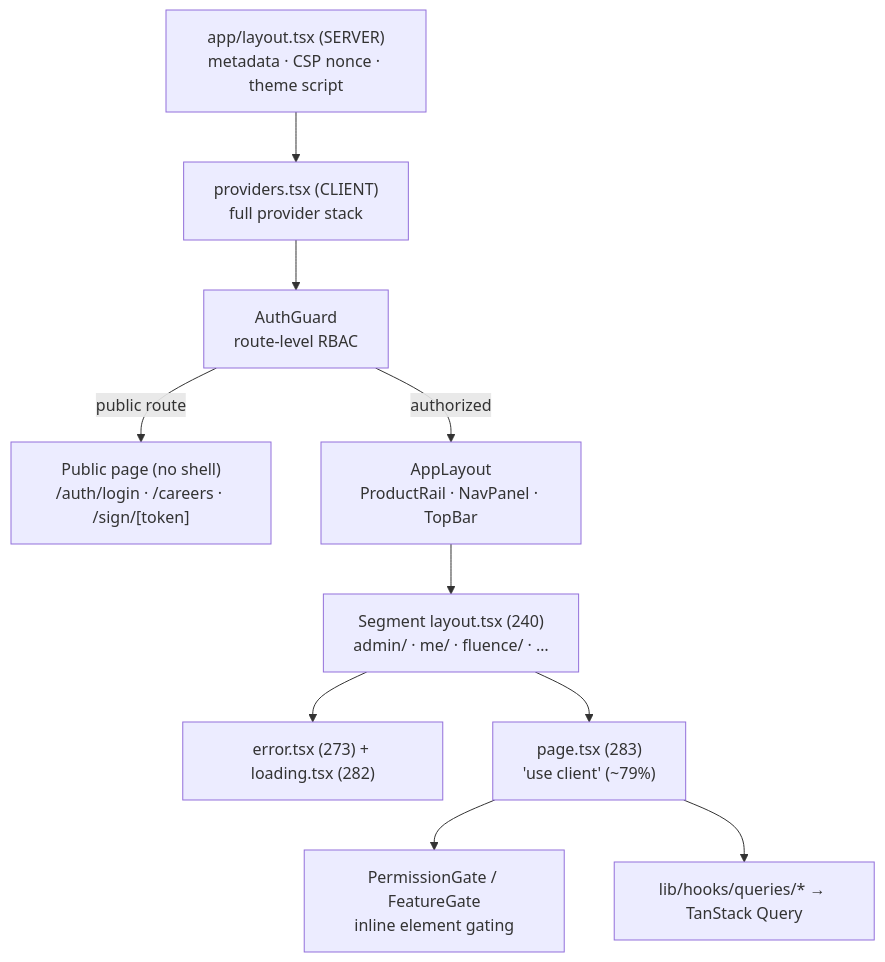
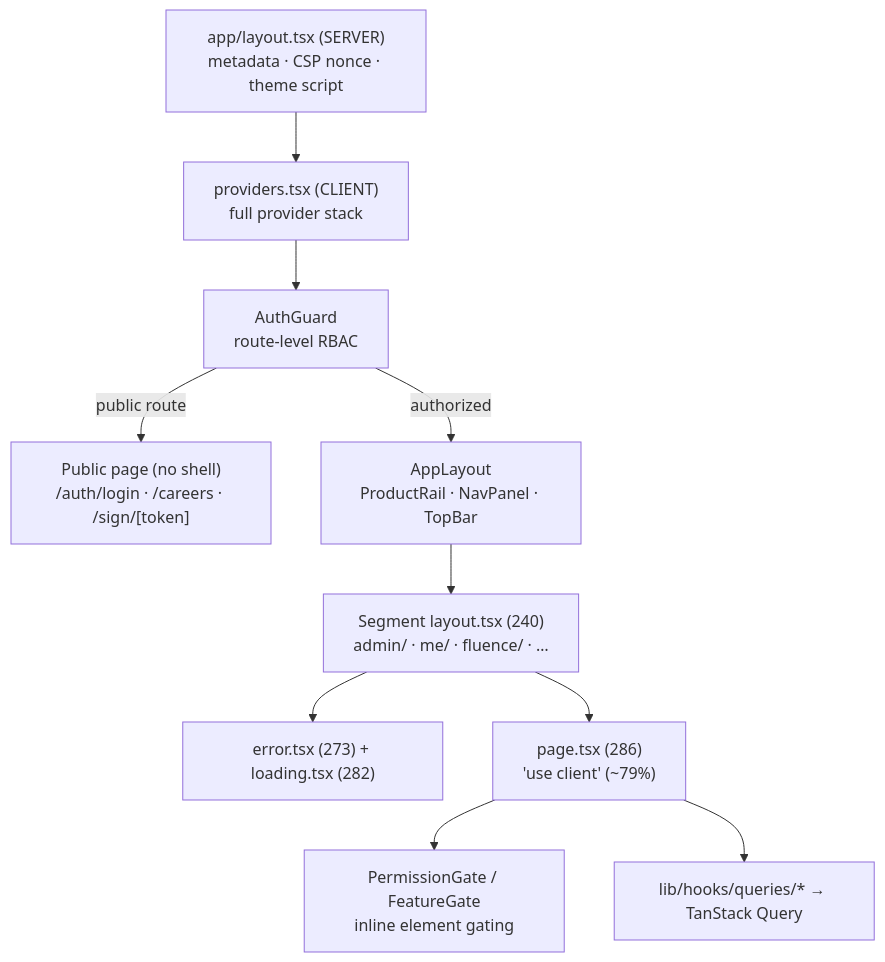
One commit to fayaz30395/nu-aura changed the first of 2 diagrams in docs/obsidian/03-Frontend/Pages.md. Above: the diagram before and after it, drawn with Mermaid. The commit also changed other lines of this file and 45 other files, not shown here.

````diff
--- a/docs/obsidian/03-Frontend/Pages.md
+++ b/docs/obsidian/03-Frontend/Pages.md
@@ -84,13 +84,13 @@
 ```mermaid
 graph TD
   RL["app/layout.tsx (SERVER)\nmetadata · CSP nonce · theme script"]
   RL --> PV["providers.tsx (CLIENT)\nfull provider stack"]
   PV --> AG["AuthGuard\nroute-level RBAC"]
   AG -->|public route| PUB["Public page (no shell)\n/auth/login · /careers · /sign/[token]"]
   AG -->|authorized| SHELL["AppLayout\nProductRail · NavPanel · TopBar"]
   SHELL --> SEG["Segment layout.tsx (240)\nadmin/ · me/ · fluence/ · …"]
   SEG --> ERR["error.tsx (273) + loading.tsx (282)"]
-  SEG --> PAGE["page.tsx (283)\n'use client' (~79%)"]
+  SEG --> PAGE["page.tsx (286)\n'use client' (~79%)"]
   PAGE --> GATE["PermissionGate / FeatureGate\ninline element gating"]
   PAGE --> HOOKS["lib/hooks/queries/* → TanStack Query"]
 ```
````
